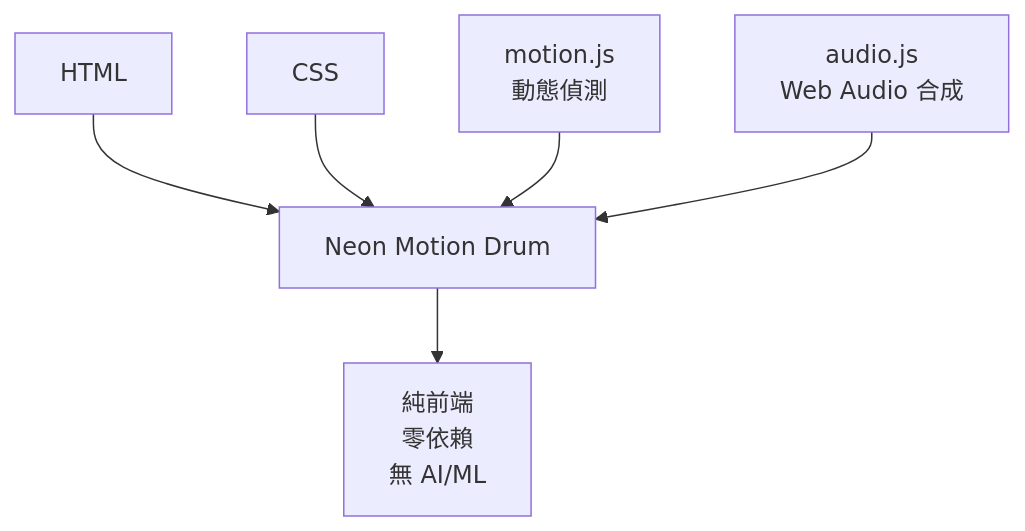
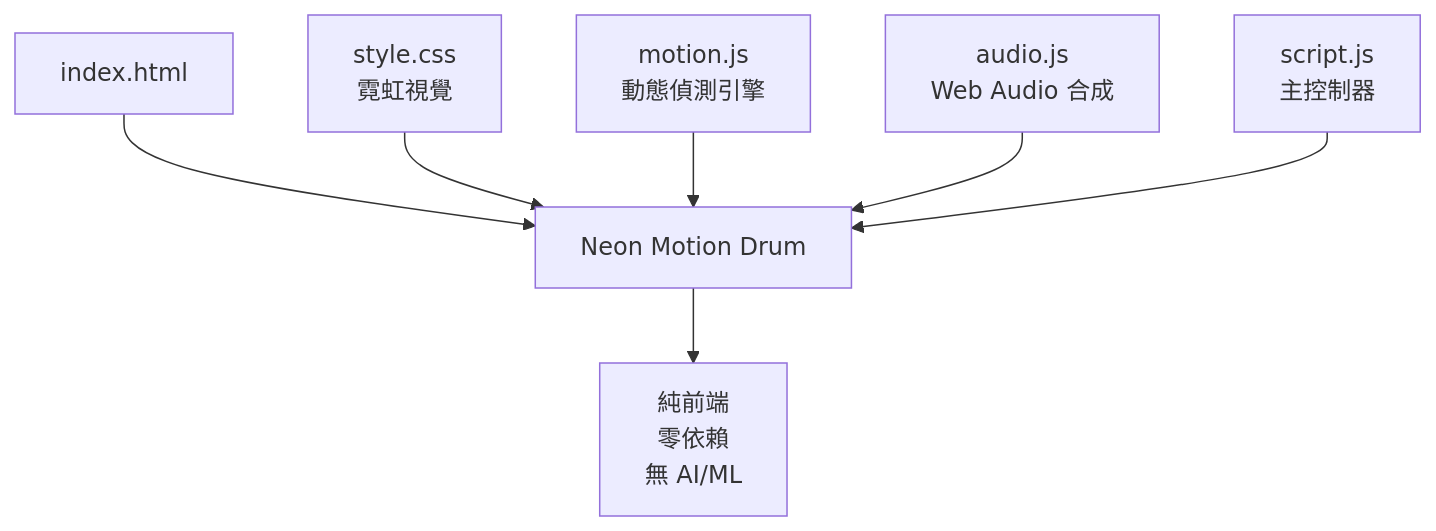
The second of 2 diagrams in README.md (tznthou/day-07-neon-drum), drawn with Mermaid before and after one commit. The commit also changed other lines of this file, not shown here.

````diff
--- a/README.md
+++ b/README.md
@@ -74,8 +76,9 @@
 ```mermaid
 graph TD
-    A[HTML] --> E[Neon Motion Drum]
-    B[CSS] --> E
-    C[motion.js<br>動態偵測] --> E
+    A[index.html] --> E[Neon Motion Drum]
+    B[style.css<br>霓虹視覺] --> E
+    C[motion.js<br>動態偵測引擎] --> E
     D[audio.js<br>Web Audio 合成] --> E
-    E --> F[純前端<br>零依賴<br>無 AI/ML]
+    F[script.js<br>主控制器] --> E
+    E --> G[純前端<br>零依賴<br>無 AI/ML]
 ```
````
